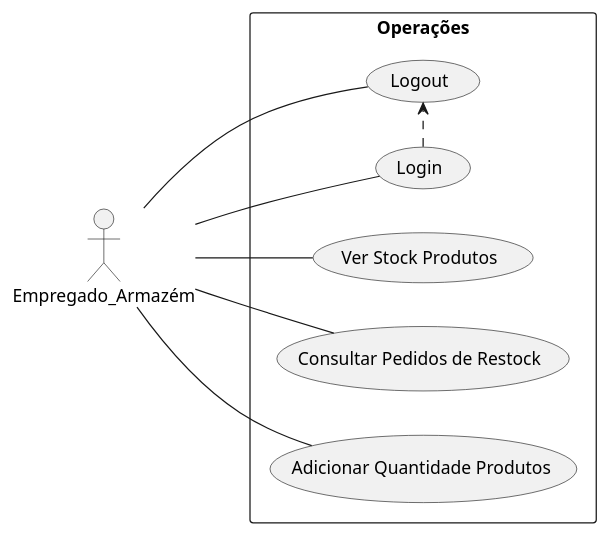
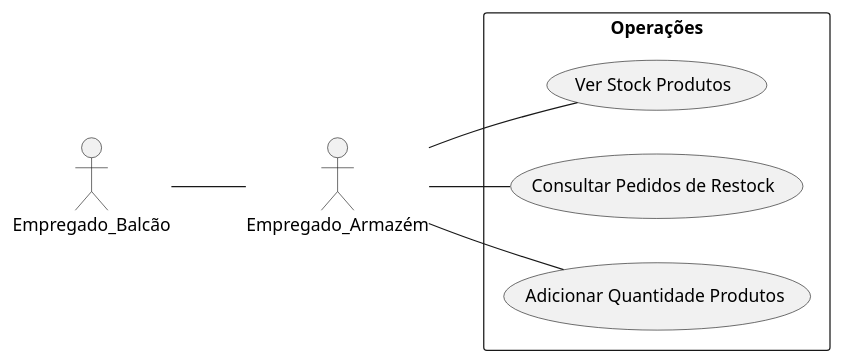
Before and after one commit to nmfer/Zurrapa_Proj.BaseDados: the diagram in Diagramas/use_case_warehouse.puml, drawn with PlantUML. The commit also changed 11 other files, not shown here.

Commit message:
diagramas

```diff
--- a/Diagramas/use_case_warehouse.puml
+++ b/Diagramas/use_case_warehouse.puml
@@ -1,12 +1,10 @@
 @startuml
 left to right direction
 actor Empregado_Armazém
+Empregado_Balcão -- Empregado_Armazém
 rectangle Operações {
-    Empregado_Armazém -- (Login)
-    Empregado_Armazém -- (Logout)
-    (Login) .> (Logout)
     Empregado_Armazém -- (Ver Stock Produtos)
     Empregado_Armazém -- (Consultar Pedidos de Restock)
     Empregado_Armazém -- (Adicionar Quantidade Produtos)
 }
 @enduml
```
